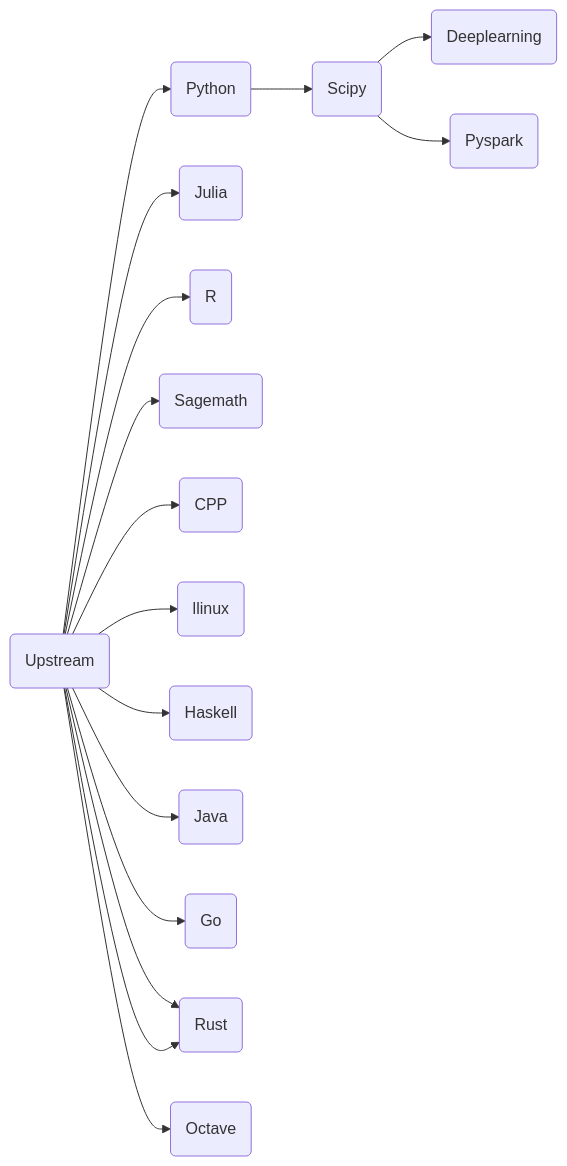
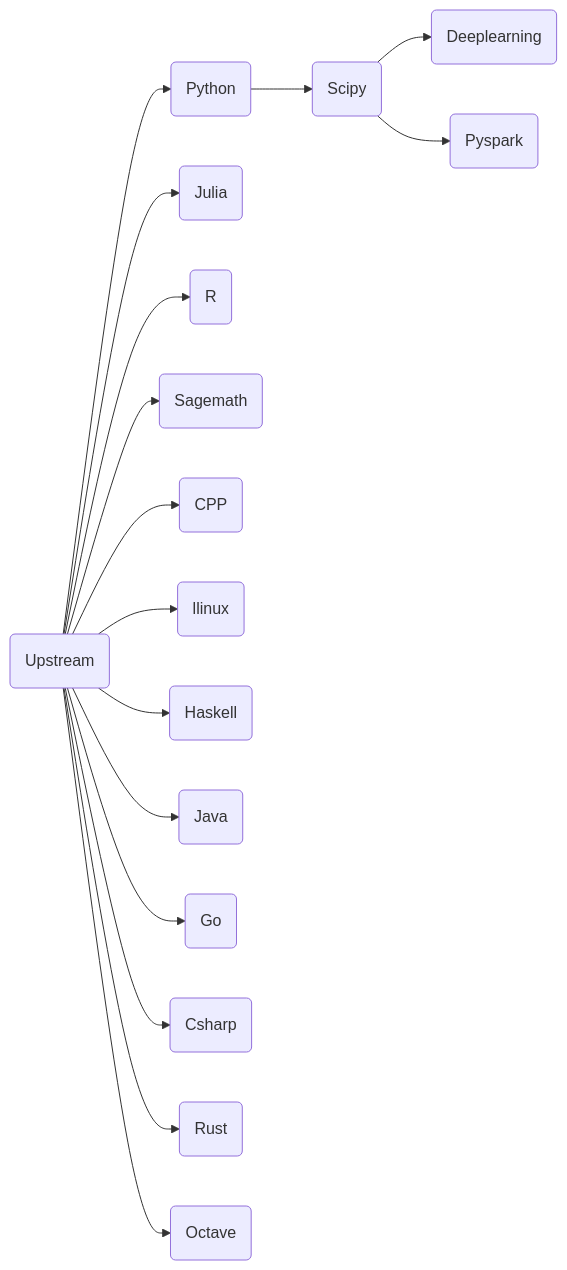
One commit to ben0i0d/jupyter-image-stacks changed the diagram in README.md. Above: the diagram before and after it, drawn with Mermaid. The commit also changed 1 other file, not shown here.

Commit message:
Update 2 files
- /csharp/Dockerfile
- /README.md

````diff
--- a/README.md
+++ b/README.md
@@ -142,17 +142,17 @@
 ```mermaid
 graph LR
 A(Upstream)-->B(Python)-->C(Scipy)
 A-->F(Julia)
 A-->G(R)
 A-->H(Sagemath)
 A-->I(CPP)
 A-->J(llinux)
 A-->K(Haskell)
 A-->L(Java)
 A-->M(Go)
 A-->N(Csharp)
-A-->N(Rust)
-A-->O(Octave)
+A-->O(Rust)
+A-->P(Octave)
 C(Scipy)-->D(Deeplearning)  
 C(Scipy)-->E(Pyspark)  
 ```  
````
